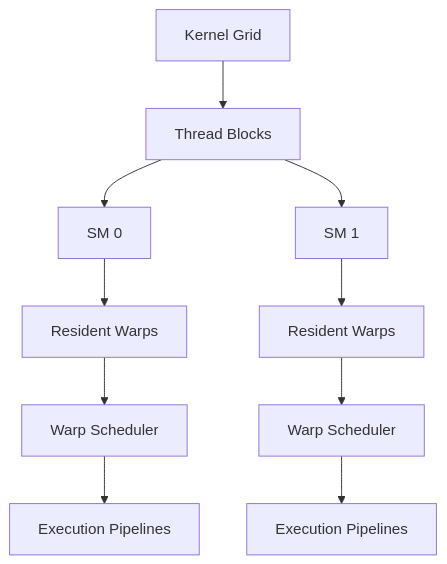
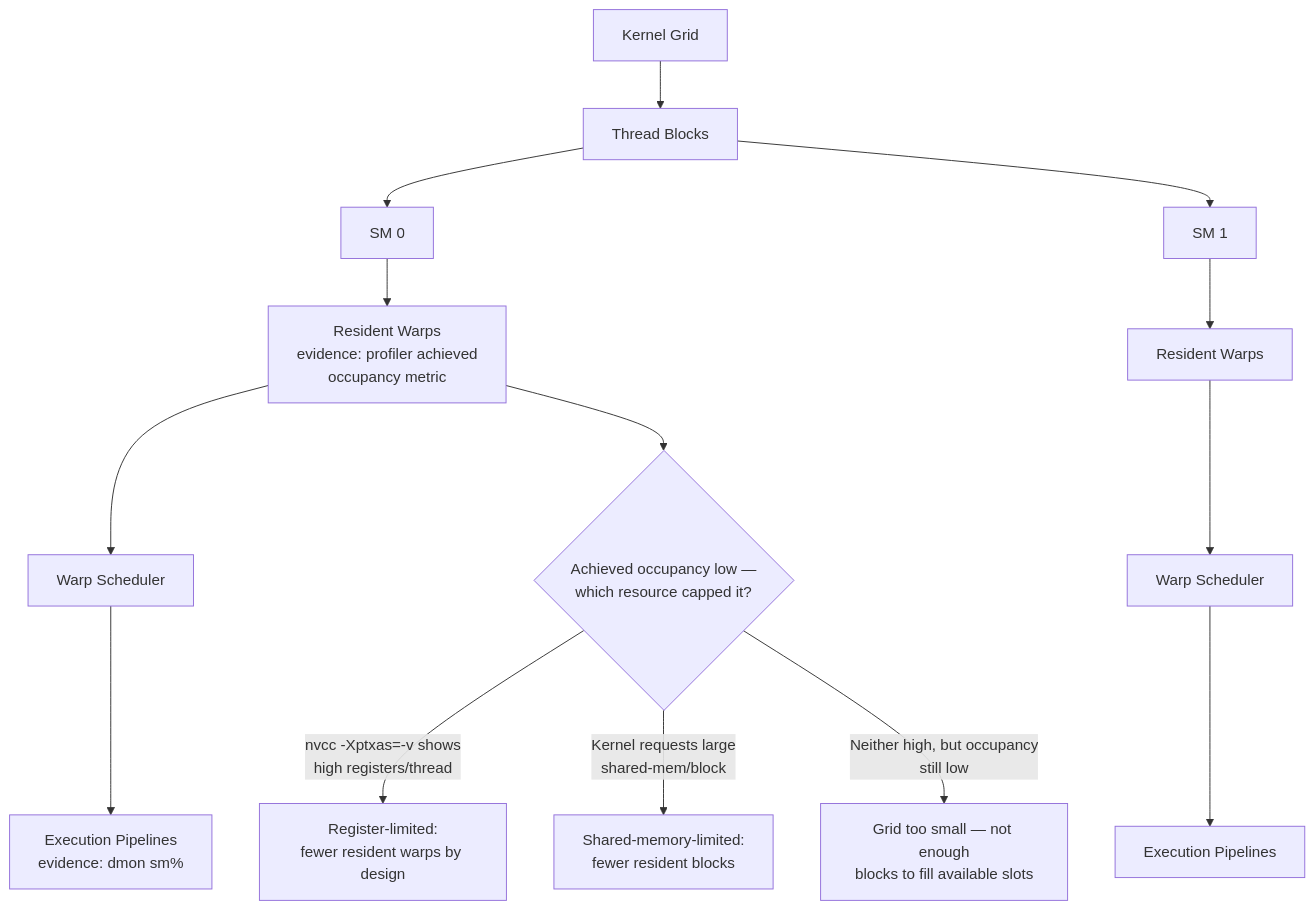
The first of 5 diagrams in docs/nvidia-zero-to-hero/volume-02/chapter-06-scheduling-occupancy-and-instruction-dispatch.md (jithinpnjm/nvidia-devops), drawn with Mermaid before and after one commit. The commit also changed other lines of this file and 1 other file, not shown here.

````diff
--- a/docs/nvidia-zero-to-hero/volume-02/chapter-06-scheduling-occupancy-and-instruction-dispatch.md
+++ b/docs/nvidia-zero-to-hero/volume-02/chapter-06-scheduling-occupancy-and-instruction-dispatch.md
@@ -54,19 +54,23 @@
 ```mermaid
 flowchart TD
     Grid[Kernel Grid]
     Blocks[Thread Blocks]
     SM0[SM 0]
     SM1[SM 1]
-    Warps0[Resident Warps]
+    Warps0["Resident Warps<br/>evidence: profiler achieved<br/>occupancy metric"]
     Warps1[Resident Warps]
     Sched0[Warp Scheduler]
     Sched1[Warp Scheduler]
-    Pipes0[Execution Pipelines]
+    Pipes0["Execution Pipelines<br/>evidence: dmon sm%"]
     Pipes1[Execution Pipelines]
 
     Grid --> Blocks
     Blocks --> SM0
     Blocks --> SM1
     SM0 --> Warps0 --> Sched0 --> Pipes0
     SM1 --> Warps1 --> Sched1 --> Pipes1
+    Warps0 --> Q{"Achieved occupancy low —<br/>which resource capped it?"}
+    Q -->|"nvcc -Xptxas=-v shows<br/>high registers/thread"| RegCap["Register-limited:<br/>fewer resident warps by design"]
+    Q -->|"Kernel requests large<br/>shared-mem/block"| ShCap["Shared-memory-limited:<br/>fewer resident blocks"]
+    Q -->|"Neither high, but occupancy<br/>still low"| GridCap["Grid too small — not enough<br/>blocks to fill available slots"]
 ```
````
